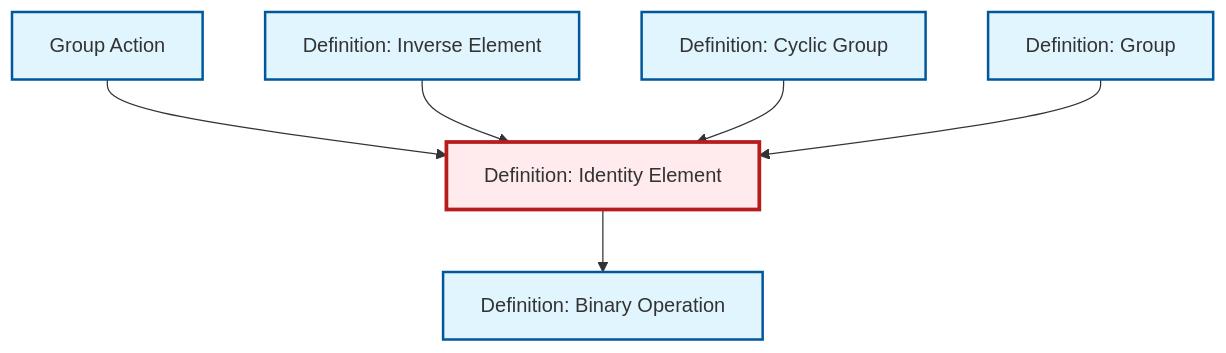
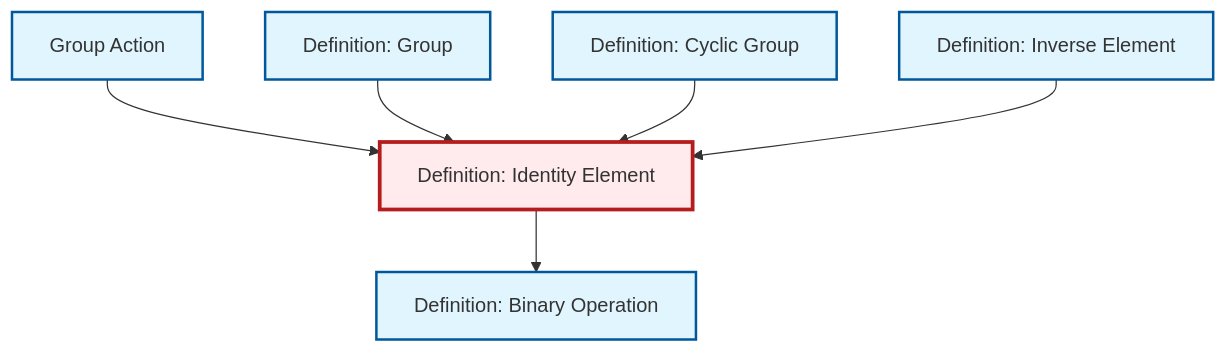
One commit to RK0429/ModernMath changed the diagram in content/ja/algebra/def-identity-element.qmd. Above: the diagram before and after it, drawn with Mermaid. The commit also changed other lines of this file and 531 other files, not shown here.

````diff
--- a/content/ja/algebra/def-identity-element.qmd
+++ b/content/ja/algebra/def-identity-element.qmd
@@ -81,26 +81,26 @@
 ```{mermaid}
 %%| fig-cap: "Local dependency graph"
 graph TD
     classDef definition fill:#e1f5fe,stroke:#01579b,stroke-width:2px
     classDef theorem fill:#f3e5f5,stroke:#4a148c,stroke-width:2px
     classDef axiom fill:#fff3e0,stroke:#e65100,stroke-width:2px
     classDef example fill:#e8f5e9,stroke:#1b5e20,stroke-width:2px
     classDef current fill:#ffebee,stroke:#b71c1c,stroke-width:3px
+    def-cyclic-group["Definition: Cyclic Group"]:::definition
     def-inverse-element["Definition: Inverse Element"]:::definition
+    def-group["Definition: Group"]:::definition
     def-identity-element["Definition: Identity Element"]:::definition
     def-binary-operation["Definition: Binary Operation"]:::definition
-    def-cyclic-group["Definition: Cyclic Group"]:::definition
-    def-group["Definition: Group"]:::definition
     def-group-action["Group Action"]:::definition
+    def-identity-element --> def-binary-operation
     def-group-action --> def-identity-element
+    def-group --> def-identity-element
+    def-cyclic-group --> def-identity-element
     def-inverse-element --> def-identity-element
-    def-cyclic-group --> def-identity-element
-    def-group --> def-identity-element
-    def-identity-element --> def-binary-operation
     class def-identity-element current
+    click def-cyclic-group "def-cyclic-group.html" "Definition: Cyclic Groupへ"
     click def-inverse-element "def-inverse-element.html" "Definition: Inverse Elementへ"
+    click def-group "def-group.html" "Definition: Groupへ"
     click def-binary-operation "def-binary-operation.html" "Definition: Binary Operationへ"
-    click def-cyclic-group "def-cyclic-group.html" "Definition: Cyclic Groupへ"
-    click def-group "def-group.html" "Definition: Groupへ"
     click def-group-action "def-group-action.html" "Group Actionへ"
 ```
````
